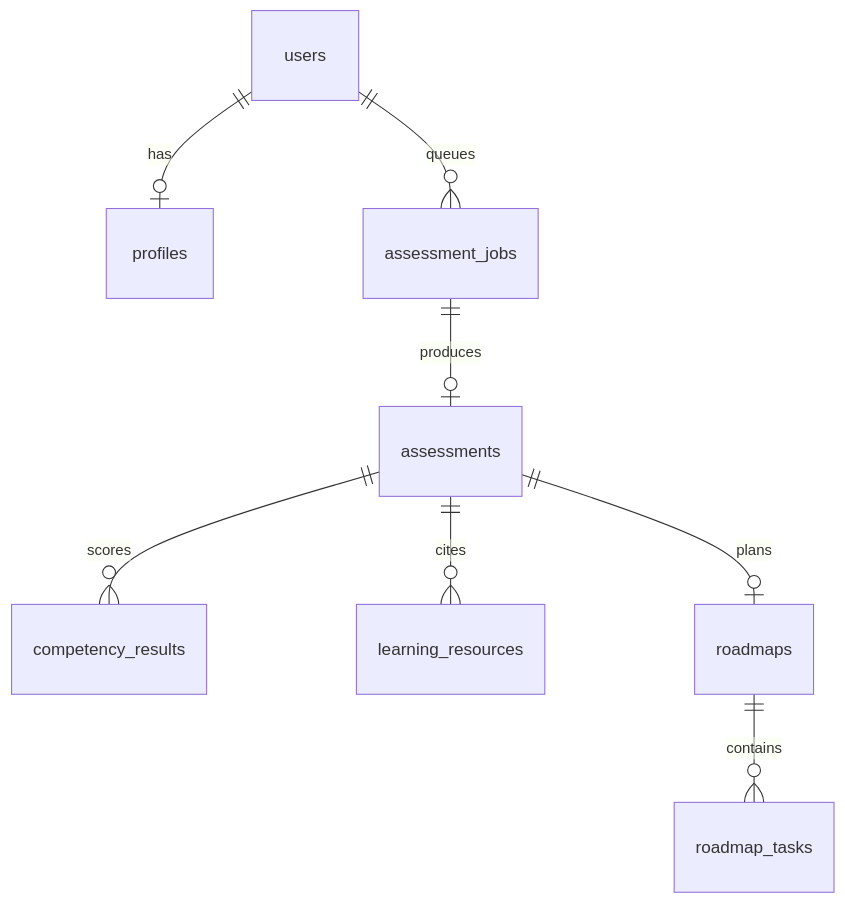
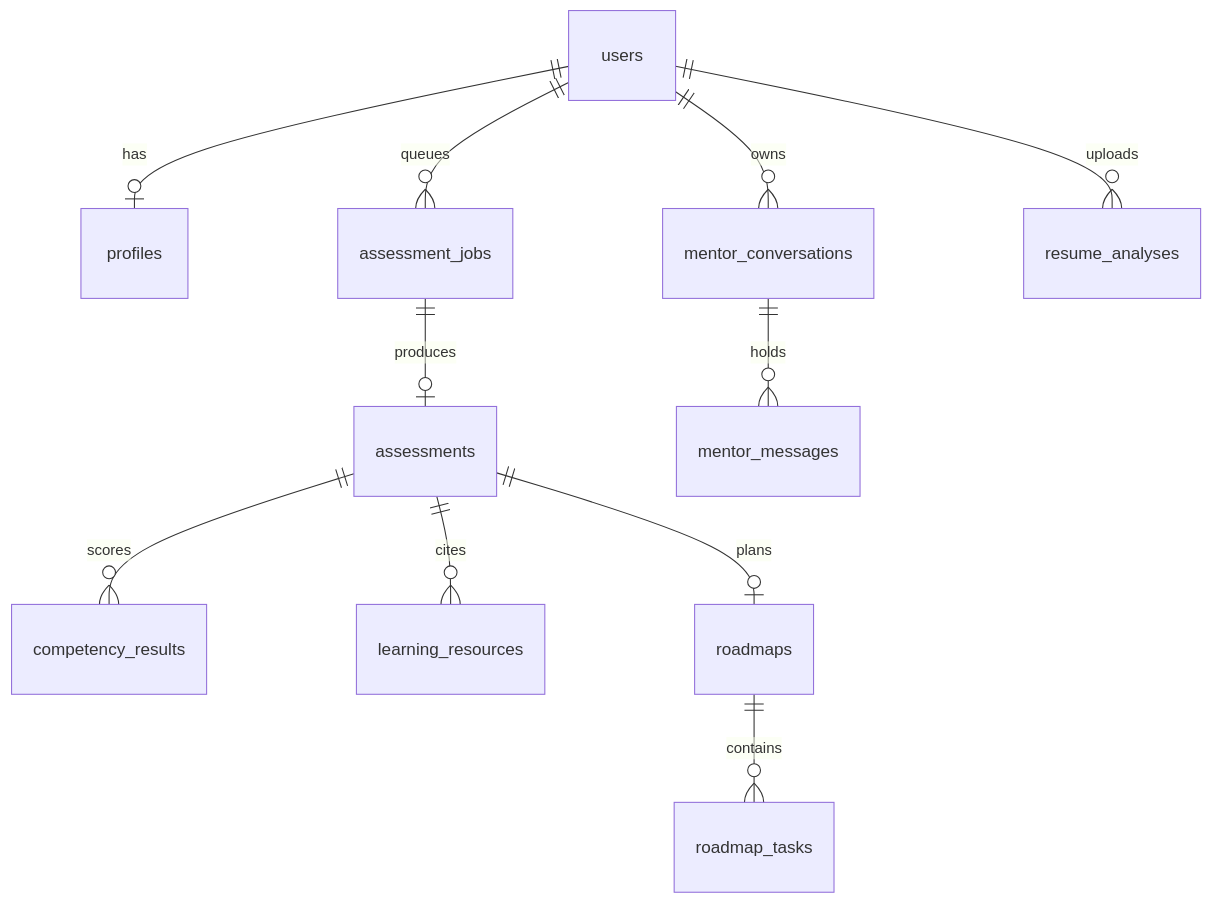
One commit to shafiqahmed-786/careerpilot-ai changed the second of 2 diagrams in README.md. Above: the diagram before and after it, drawn with Mermaid. The commit also changed other lines of this file and 61 other files, not shown here.

Commit message:
feat: AI mentor, AI/adaptive roadmap, resume analyzer, dark app shell and dashboard, docs

````diff
--- a/README.md
+++ b/README.md
@@ -120,10 +141,13 @@
 ```mermaid
 erDiagram
   users ||--o| profiles : has
   users ||--o{ assessment_jobs : queues
   assessment_jobs ||--o| assessments : produces
   assessments ||--o{ competency_results : scores
   assessments ||--o{ learning_resources : cites
   assessments ||--o| roadmaps : plans
   roadmaps ||--o{ roadmap_tasks : contains
+  users ||--o{ mentor_conversations : owns
+  mentor_conversations ||--o{ mentor_messages : holds
+  users ||--o{ resume_analyses : uploads
 ```
````
